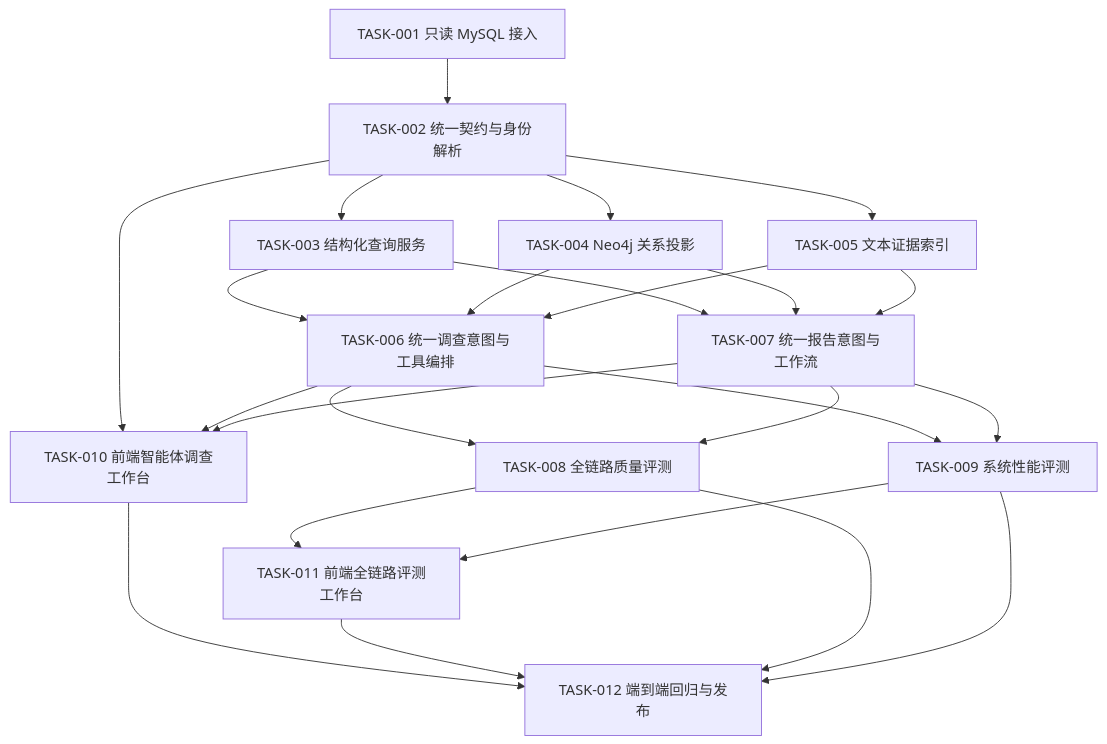
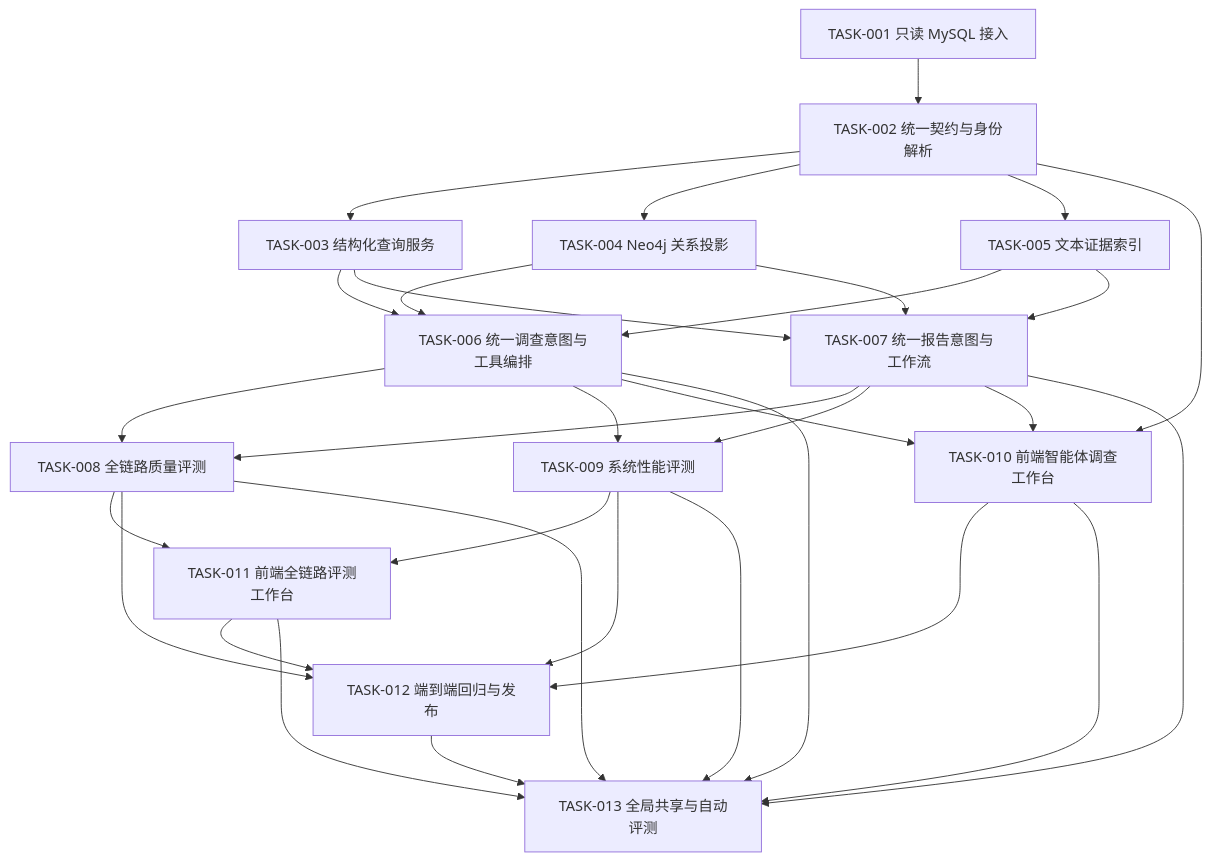
One commit to 1yu2/company-relation changed the diagram in tasks/company-due-diligence/README.md. Above: the diagram before and after it, drawn with Mermaid. The commit also changed other lines of this file and 1 other file, not shown here.

````diff
--- a/tasks/company-due-diligence/README.md
+++ b/tasks/company-due-diligence/README.md
@@ -19,39 +19,47 @@
 ```mermaid
 flowchart TD
     T001[TASK-001 只读 MySQL 接入]
     T002[TASK-002 统一契约与身份解析]
     T003[TASK-003 结构化查询服务]
     T004[TASK-004 Neo4j 关系投影]
     T005[TASK-005 文本证据索引]
     T006[TASK-006 统一调查意图与工具编排]
     T007[TASK-007 统一报告意图与工作流]
     T008[TASK-008 全链路质量评测]
     T009[TASK-009 系统性能评测]
     T010[TASK-010 前端智能体调查工作台]
     T011[TASK-011 前端全链路评测工作台]
     T012[TASK-012 端到端回归与发布]
+    T013[TASK-013 全局共享与自动评测]
 
     T001 --> T002
     T002 --> T003
     T002 --> T004
     T002 --> T005
     T003 --> T006
     T004 --> T006
     T005 --> T006
     T003 --> T007
     T004 --> T007
     T005 --> T007
     T006 --> T008
     T007 --> T008
     T006 --> T009
     T007 --> T009
     T002 --> T010
     T006 --> T010
     T007 --> T010
     T008 --> T011
     T009 --> T011
     T010 --> T012
     T011 --> T012
     T008 --> T012
     T009 --> T012
+    T006 --> T013
+    T007 --> T013
+    T008 --> T013
+    T009 --> T013
+    T010 --> T013
+    T011 --> T013
+    T012 --> T013
 ```
````
